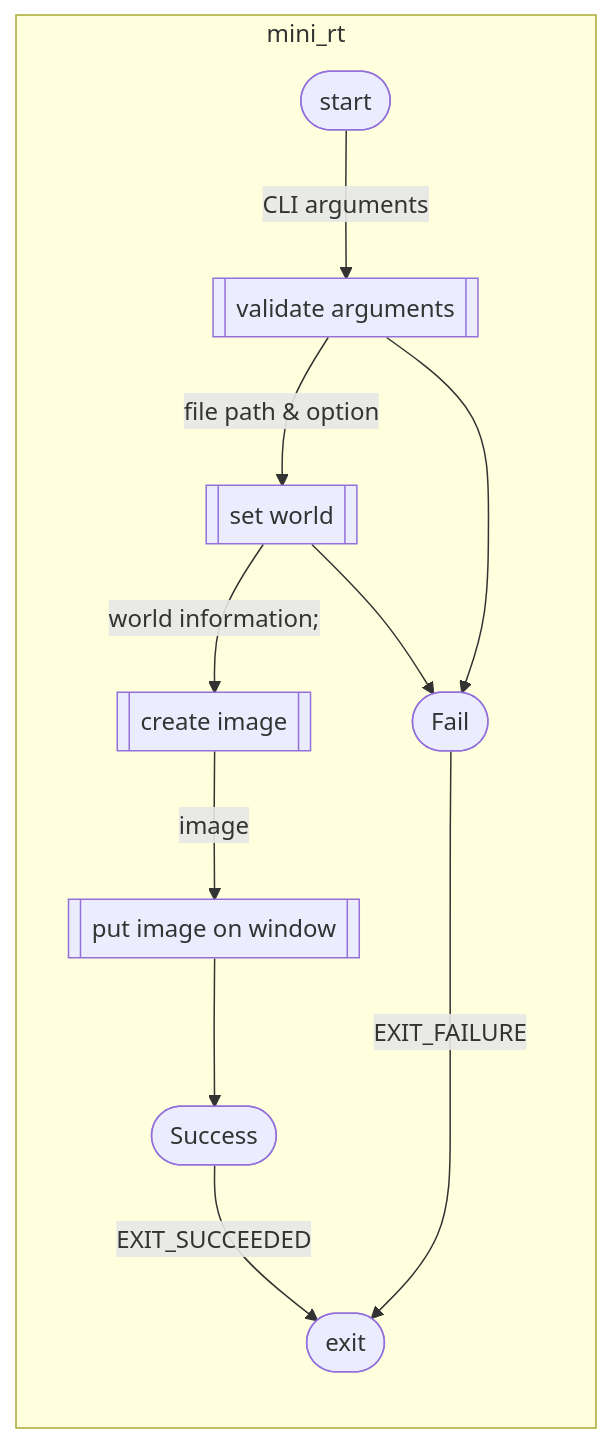
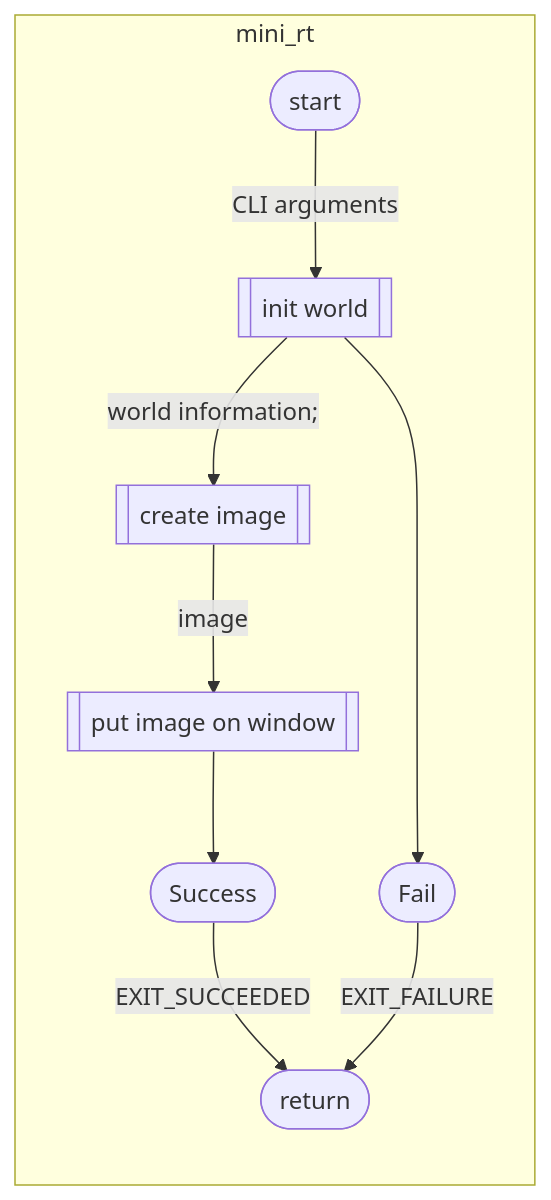
Before and after one commit to ikawamuk/weekends_c: the first of 4 diagrams in docs/SequenceDiagrams.md, drawn with Mermaid. The commit also changed other lines of this file, not shown here.

Commit message:
update mermaid

````diff
--- a/docs/SequenceDiagrams.md
+++ b/docs/SequenceDiagrams.md
@@ -1,18 +1,16 @@
 ```mermaid
 flowchart
 
 subgraph mini_rt
 		direction TB
-	start([start])-->|CLI arguments|m1[[validate arguments]]
-	m1-->|file path & option|m2[[set world]]
+	start([start])-->|CLI arguments|m2[[init world]]
 	m2-->|world information;|m3[[create image]]
 	m3-->|image|m5[[put image on window]]
 	m5-->yes([Success])
 
-	m1-->no([Fail])
-	m2-->no
-	yes-->|EXIT_SUCCEEDED|exit
-	no-->|EXIT_FAILURE|exit([exit])
+	m2-->no([Fail])
+	yes-->|EXIT_SUCCEEDED|r
+	no-->|EXIT_FAILURE|r([return])
 end
 
 ```
````
